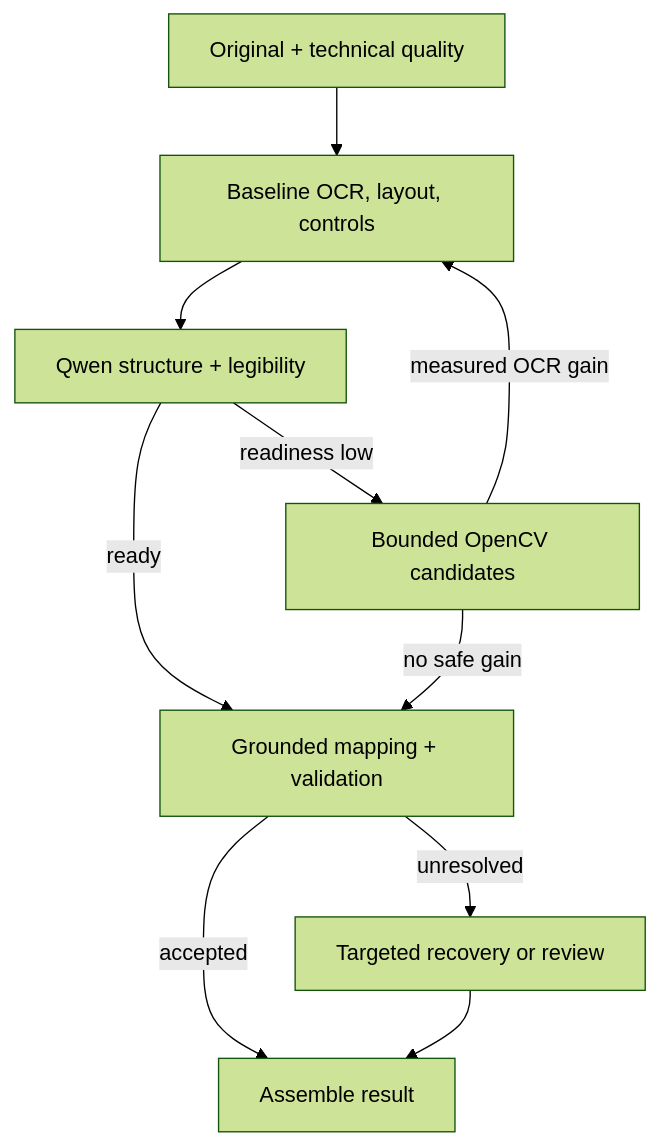
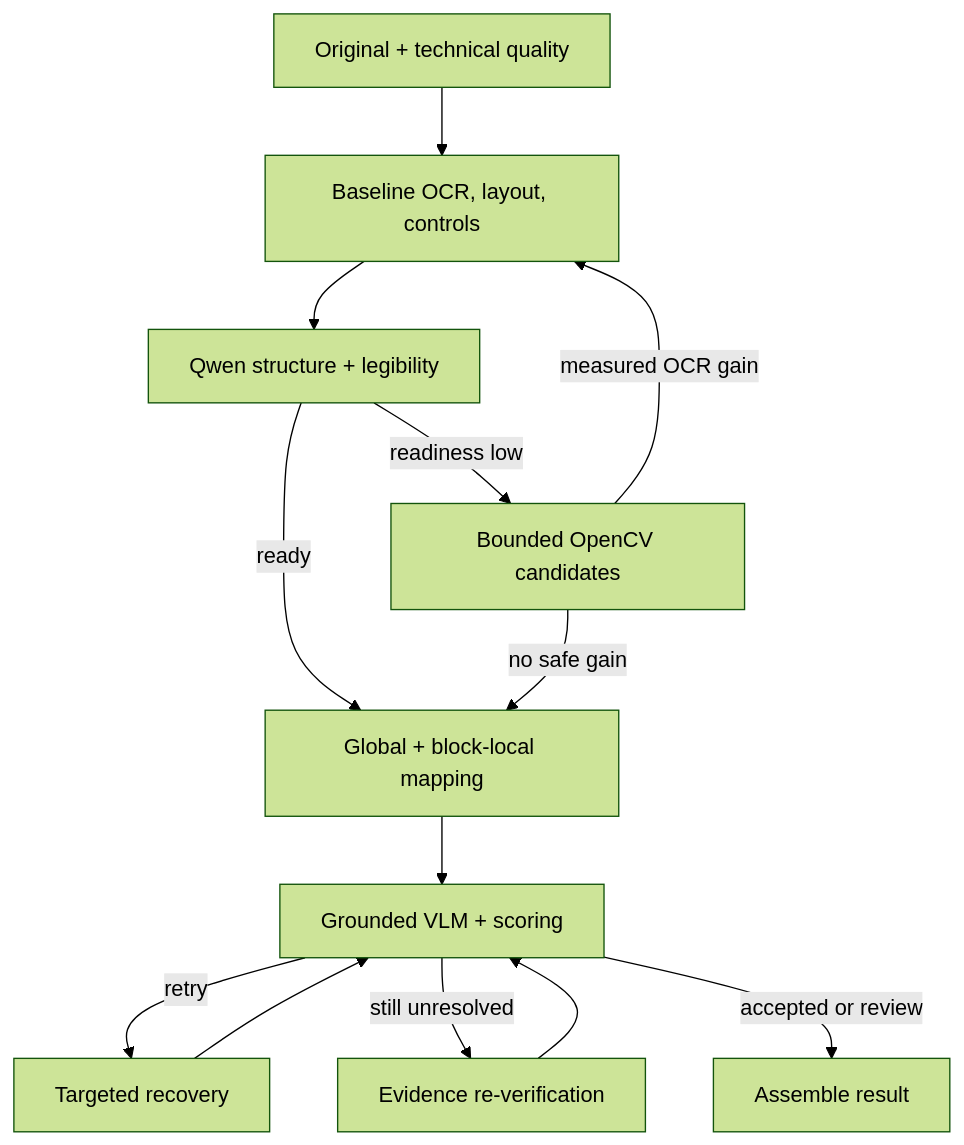
One commit to adityasingh1993/docuocr-agentic changed the second of 2 diagrams in ARCHITECTURE.md. Above: the diagram before and after it, drawn with Mermaid (forest theme). The commit also changed other lines of this file and 23 other files, not shown here.

````diff
--- a/ARCHITECTURE.md
+++ b/ARCHITECTURE.md
@@ -23,12 +23,15 @@
 ```mermaid
 flowchart TD
     A["Original + technical quality"] --> B["Baseline OCR, layout, controls"]
     B --> C["Qwen structure + legibility"]
     C -->|"readiness low"| D["Bounded OpenCV candidates"]
     D -->|"measured OCR gain"| B
-    C -->|"ready"| E["Grounded mapping + validation"]
+    C -->|"ready"| E["Global + block-local mapping"]
     D -->|"no safe gain"| E
-    E -->|"accepted"| F["Assemble result"]
-    E -->|"unresolved"| G["Targeted recovery or review"]
+    E --> F["Grounded VLM + scoring"]
+    F -->|"retry"| G["Targeted recovery"]
     G --> F
+    F -->|"still unresolved"| H["Evidence re-verification"]
+    H --> F
+    F -->|"accepted or review"| I["Assemble result"]
 ```
````
